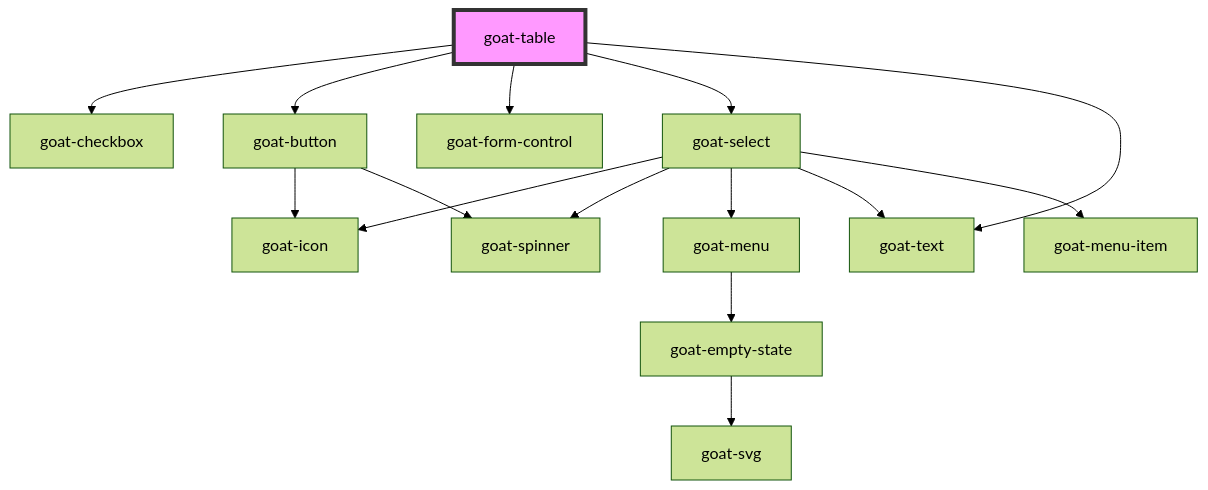
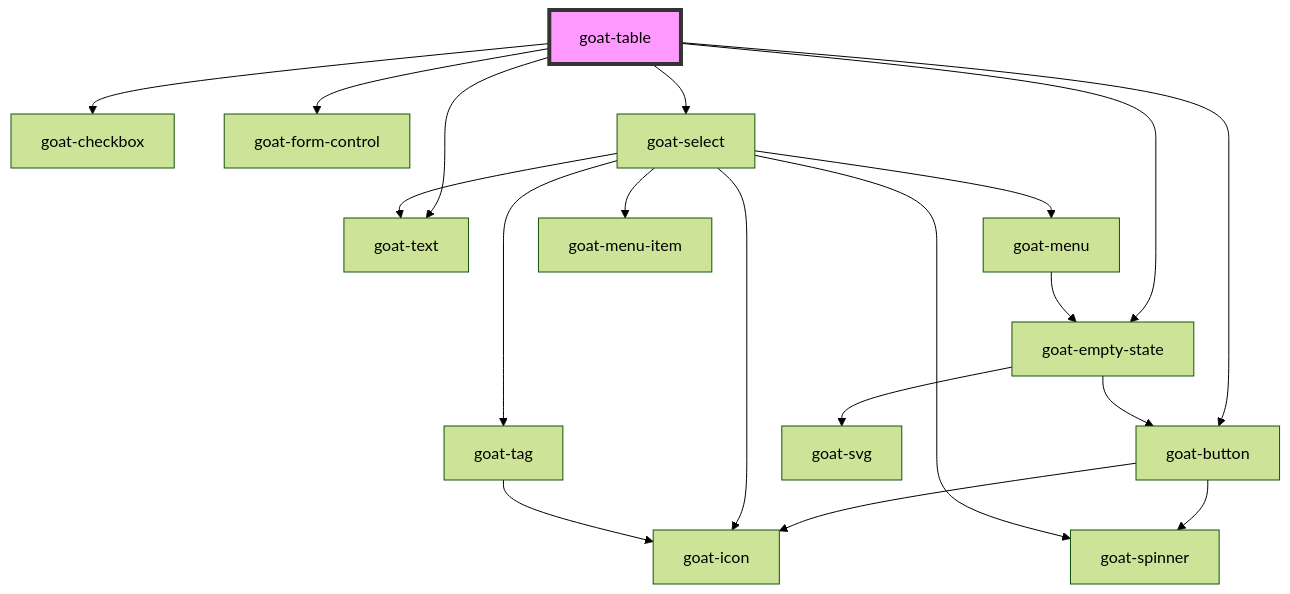
Before and after one commit to goatui/components: the diagram in src/components/table/table/readme.md, drawn with Mermaid (forest theme). The commit also changed other lines of this file and 163 other files, not shown here.

````diff
--- a/src/components/table/table/readme.md
+++ b/src/components/table/table/readme.md
@@ -48,18 +50,22 @@
 ```mermaid
 graph TD;
   goat-table --> goat-checkbox
   goat-table --> goat-button
   goat-table --> goat-form-control
   goat-table --> goat-select
   goat-table --> goat-text
+  goat-table --> goat-empty-state
   goat-button --> goat-icon
   goat-button --> goat-spinner
+  goat-select --> goat-tag
   goat-select --> goat-icon
   goat-select --> goat-spinner
   goat-select --> goat-menu
   goat-select --> goat-text
   goat-select --> goat-menu-item
+  goat-tag --> goat-icon
   goat-menu --> goat-empty-state
   goat-empty-state --> goat-svg
+  goat-empty-state --> goat-button
   style goat-table fill:#f9f,stroke:#333,stroke-width:4px
 ```
````
